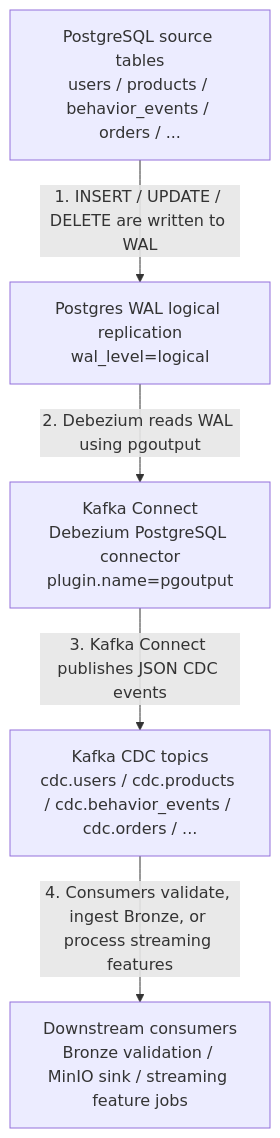
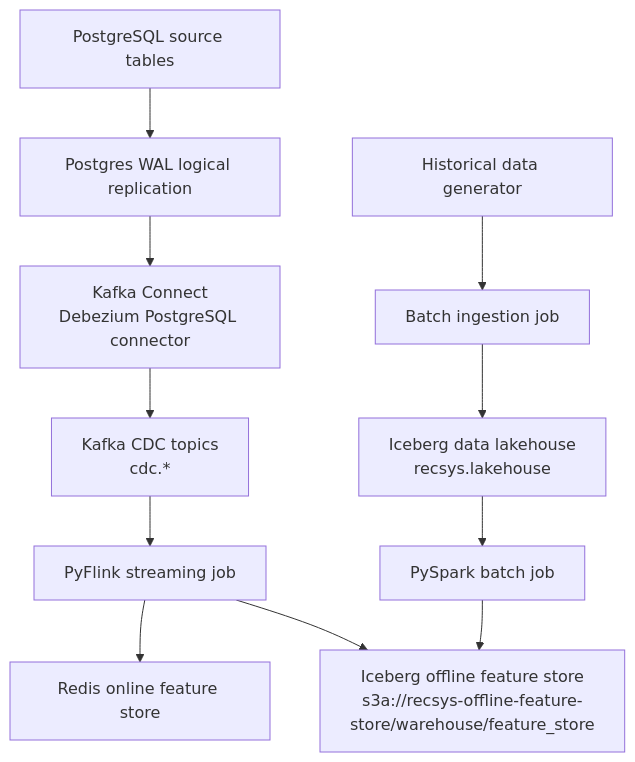
Before and after one commit to itsmekhoathekid/RecSys-MLops: the diagram in apps/data-platform/README.md, drawn with Mermaid. The commit also changed other lines of this file and 147 other files, not shown here.

````diff
--- a/apps/data-platform/README.md
+++ b/apps/data-platform/README.md
@@ -12,13 +9,20 @@
 ```mermaid
 flowchart TD
-    A["PostgreSQL source tables<br/>users / products / behavior_events / orders / ..."]
-    B["Postgres WAL logical replication<br/>wal_level=logical"]
-    C["Kafka Connect<br/>Debezium PostgreSQL connector<br/>plugin.name=pgoutput"]
-    D["Kafka CDC topics<br/>cdc.users / cdc.products / cdc.behavior_events / cdc.orders / ..."]
-    E["Downstream consumers<br/>Bronze validation / MinIO sink / streaming feature jobs"]
+    A["PostgreSQL source tables"]
+    B["Postgres WAL logical replication"]
+    C["Kafka Connect<br/>Debezium PostgreSQL connector"]
+    D["Kafka CDC topics<br/>cdc.*"]
+    E["PyFlink streaming job"]
+    F["Redis online feature store"]
+    G["Iceberg offline feature store<br/>s3a://recsys-offline-feature-store/warehouse/feature_store"]
+    H["PySpark batch job"]
+    I["Historical data generator"]
+    J["Batch ingestion job"]
+    K["Iceberg data lakehouse<br/>recsys.lakehouse"]
 
-    A -->|"1. INSERT / UPDATE / DELETE are written to WAL"| B
-    B -->|"2. Debezium reads WAL using pgoutput"| C
-    C -->|"3. Kafka Connect publishes JSON CDC events"| D
-    D -->|"4. Consumers validate, ingest Bronze, or process streaming features"| E
+    A --> B --> C --> D
+    D --> E
+    E --> F
+    E --> G
+    I --> J --> K --> H --> G
 ```
````
